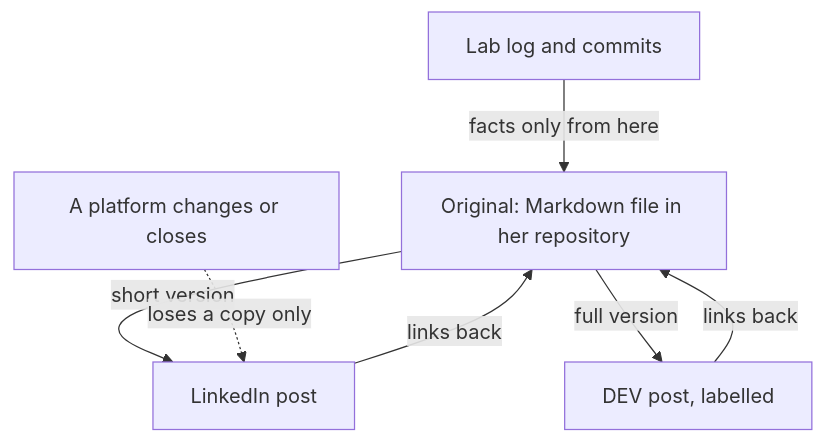
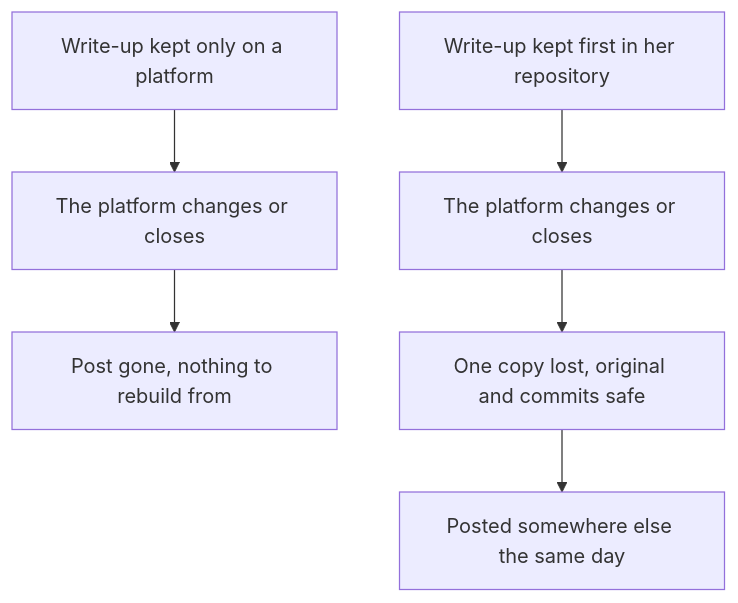
One commit to Muhammad-AnasKhan/Buildment changed the diagram in content/import/build-with-ai/06-share-the-work/06.02-from-commits-to-an-article.md. Above: the diagram before and after it, drawn with Mermaid. The commit also changed other lines of this file and 9 other files, not shown here.

````diff
--- a/content/import/build-with-ai/06-share-the-work/06.02-from-commits-to-an-article.md
+++ b/content/import/build-with-ai/06-share-the-work/06.02-from-commits-to-an-article.md
@@ -42,9 +42,8 @@
 ```mermaid
 flowchart TD
-  A["Lab log and commits"] -->|"facts only from here"| B["Original: Markdown file in her repository"]
-  B -->|"short version"| C["LinkedIn post"]
-  B -->|"full version"| D["DEV post, labelled"]
-  C -->|"links back"| B
-  D -->|"links back"| B
-  E["A platform changes or closes"] -.->|"loses a copy only"| C
+  A["Write-up kept only on a platform"] --> B["The platform changes or closes"]
+  B --> C["Post gone, nothing to rebuild from"]
+  D["Write-up kept first in her repository"] --> E["The platform changes or closes"]
+  E --> F["One copy lost, original and commits safe"]
+  F --> G["Posted somewhere else the same day"]
 ```
````
